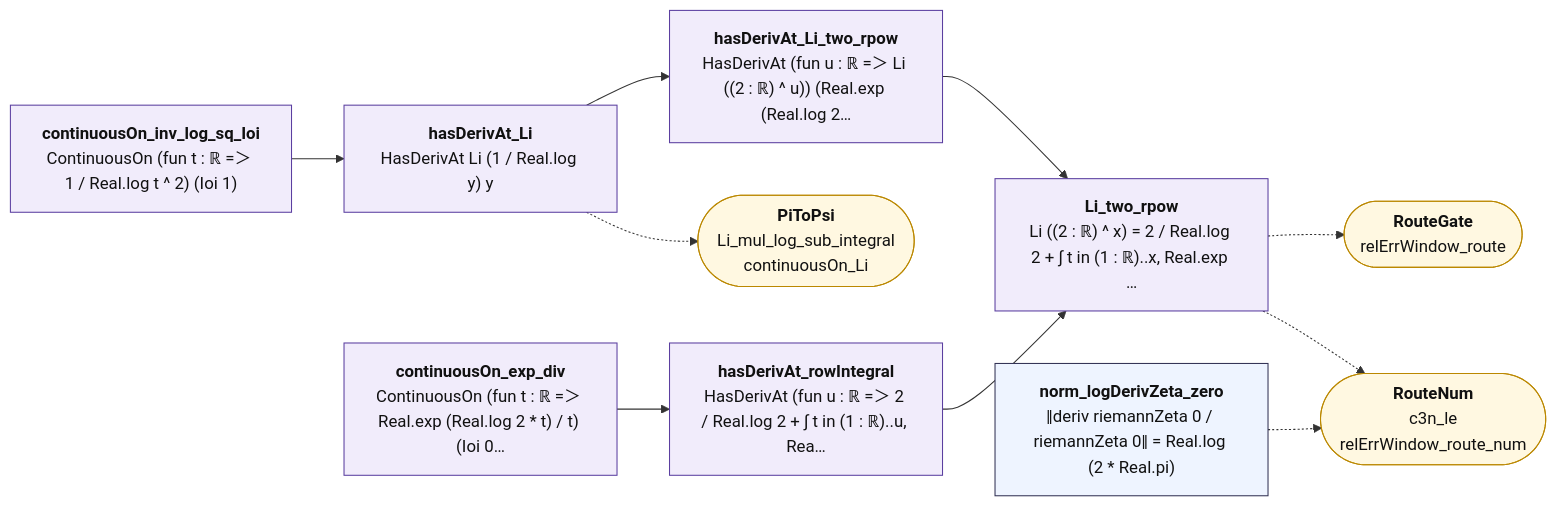
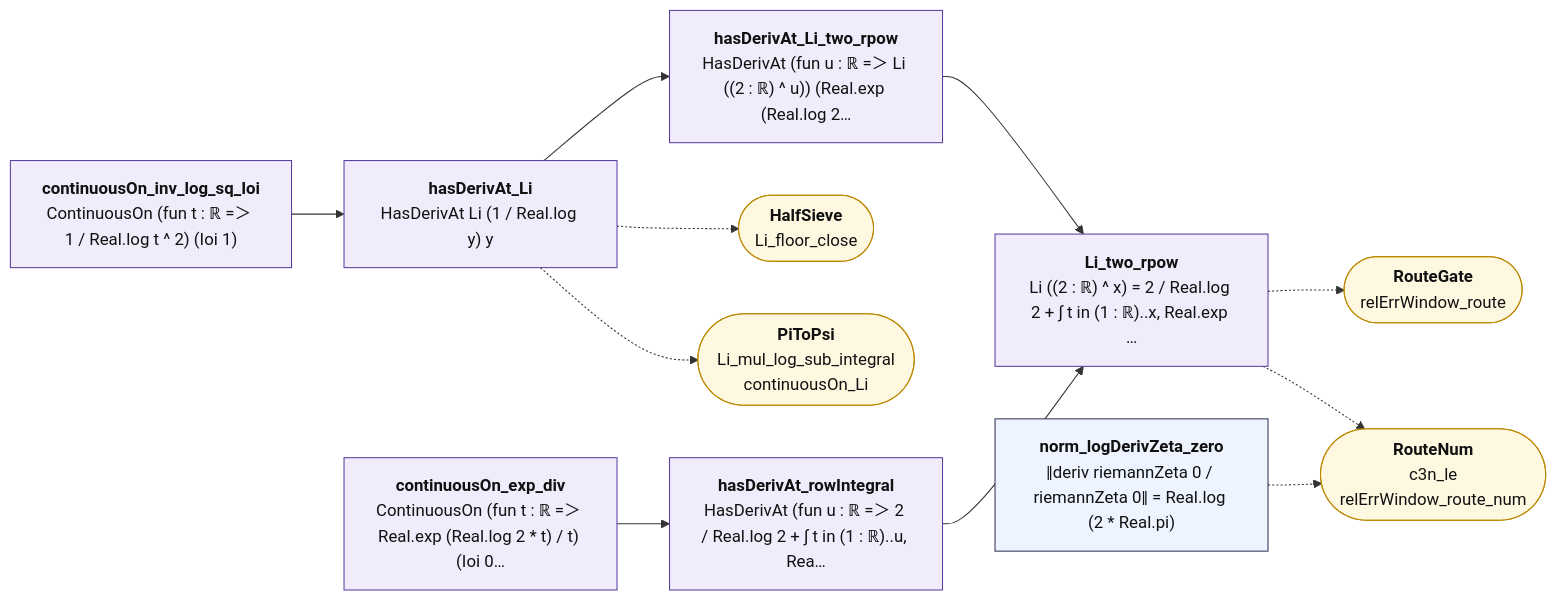
The diagram in map/lean_stage3/RowLeaves.md (juliansambranojr/Primebeat_081426), drawn with Mermaid before and after one commit. The commit also changed other lines of this file and 56 other files, not shown here.

First line of the commit message:
Blocks R5, R6: the height of a finite peak; the half in the sieve and the spiral link as the sieve's wobble (units 0484, 0485)

````diff
--- a/map/lean_stage3/RowLeaves.md
+++ b/map/lean_stage3/RowLeaves.md
@@ -12,30 +12,32 @@
 ```mermaid
 flowchart LR
   n0["<b>continuousOn_inv_log_sq_Ioi</b><br/>ContinuousOn (fun t : ℝ =＞ 1 / Real.log t ^ 2) (Ioi 1)"]:::shp
   n1["<b>hasDerivAt_Li</b><br/>HasDerivAt Li (1 / Real.log y) y"]:::shp
   n2["<b>hasDerivAt_Li_two_rpow</b><br/>HasDerivAt (fun u : ℝ =＞ Li ((2 : ℝ) ^ u)) (Real.exp (Real.log 2…"]:::shp
   n3["<b>continuousOn_exp_div</b><br/>ContinuousOn (fun t : ℝ =＞ Real.exp (Real.log 2 * t) / t) (Ioi 0…"]:::shp
   n4["<b>hasDerivAt_rowIntegral</b><br/>HasDerivAt (fun u : ℝ =＞ 2 / Real.log 2 + ∫ t in (1 : ℝ)..u, Rea…"]:::shp
   n5["<b>Li_two_rpow</b><br/>Li ((2 : ℝ) ^ x) = 2 / Real.log 2 + ∫ t in (1 : ℝ)..x, Real.exp …"]:::shp
   n6["<b>norm_logDerivZeta_zero</b><br/>‖deriv riemannZeta 0 / riemannZeta 0‖ = Real.log (2 * Real.pi)"]:::thm
-  x0(["<b>PiToPsi</b><br/>Li_mul_log_sub_integral<br/>continuousOn_Li"]):::ext
-  x1(["<b>RouteGate</b><br/>relErrWindow_route"]):::ext
-  x2(["<b>RouteNum</b><br/>c3n_le<br/>relErrWindow_route_num"]):::ext
+  x0(["<b>HalfSieve</b><br/>Li_floor_close"]):::ext
+  x1(["<b>PiToPsi</b><br/>Li_mul_log_sub_integral<br/>continuousOn_Li"]):::ext
+  x2(["<b>RouteGate</b><br/>relErrWindow_route"]):::ext
+  x3(["<b>RouteNum</b><br/>c3n_le<br/>relErrWindow_route_num"]):::ext
   n0 --> n1
   n1 --> n2
   n2 --> n5
   n3 --> n4
   n4 --> n5
   n1 -.-> x0
-  n5 -.-> x1
+  n1 -.-> x1
   n5 -.-> x2
-  n6 -.-> x2
+  n5 -.-> x3
+  n6 -.-> x3
   classDef cnt fill:#dff5ec,stroke:#17694a,color:#111
   classDef shp fill:#f1ecfb,stroke:#5b3fa0,color:#111
   classDef rh fill:#ffe5e5,stroke:#c22,color:#111,stroke-width:2px
   classDef thm fill:#eef4ff,stroke:#335,color:#111
   classDef end_ fill:#e7f7e7,stroke:#2a7,color:#111,stroke-width:2px
   classDef lone fill:#fff,stroke:#999,color:#111,stroke-dasharray:4 3
   classDef bad fill:#ffe5e5,stroke:#c22,color:#111,stroke-width:2px
   classDef ext fill:#fff8e1,stroke:#b80,color:#111
 ```
````
